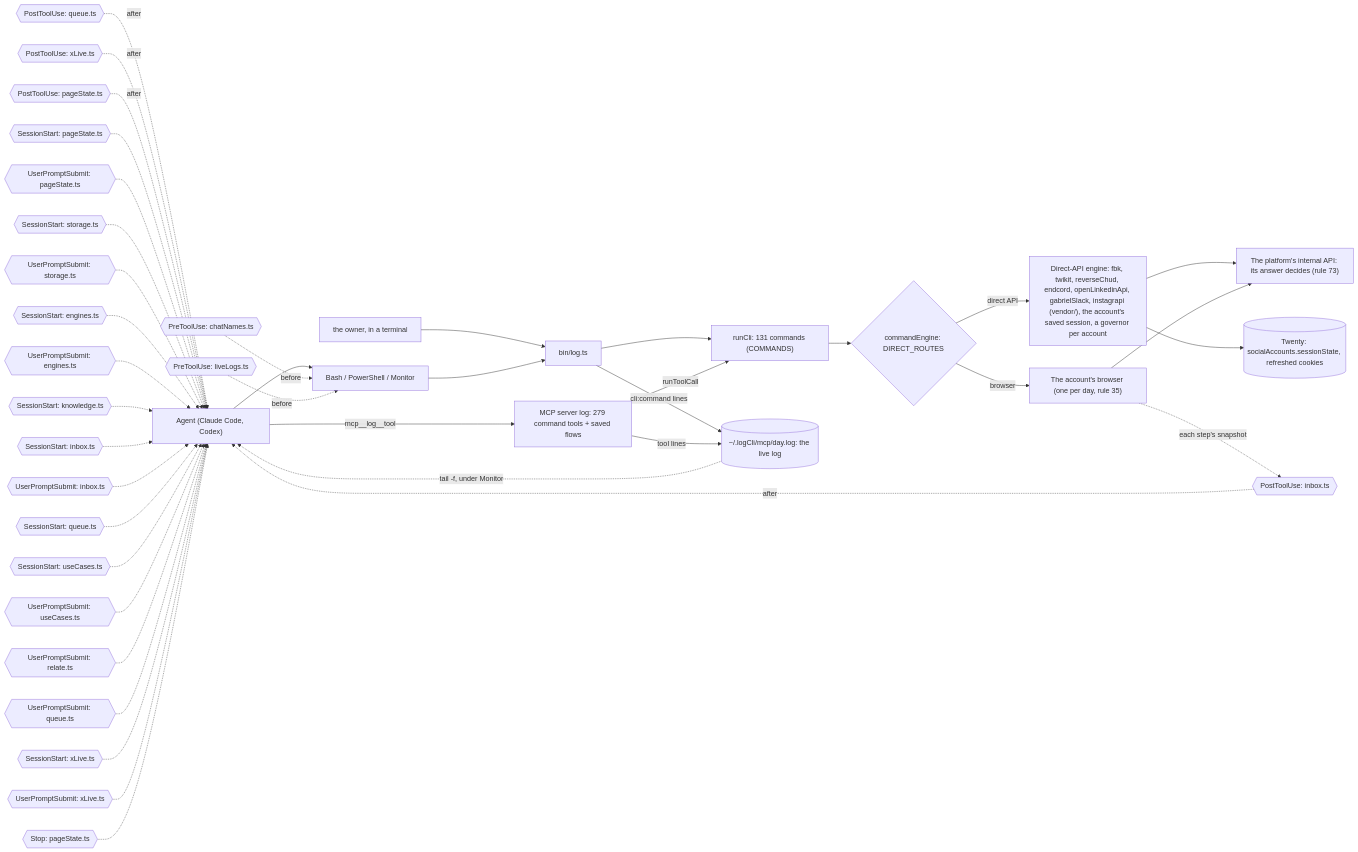
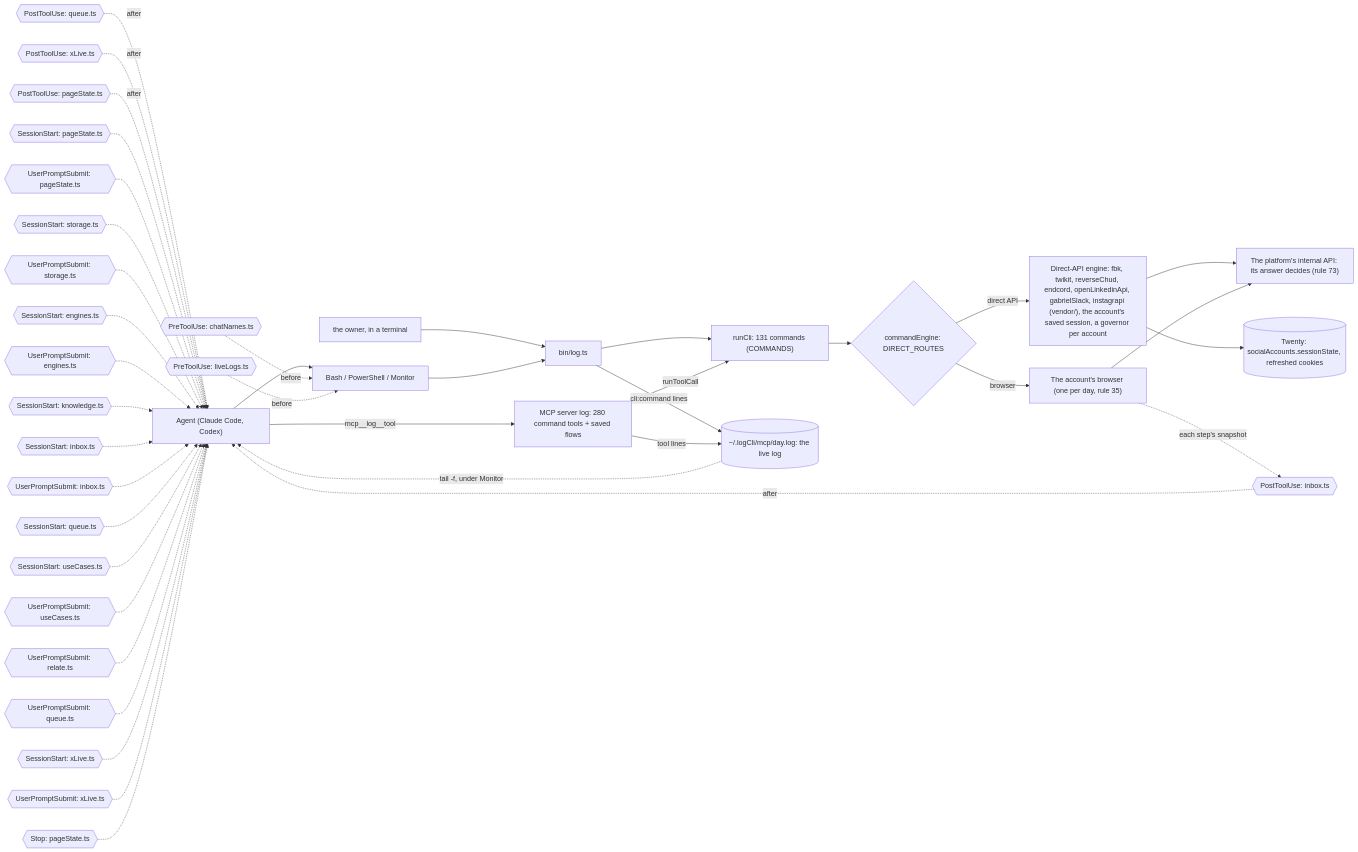
The diagram in docs/diagrams/surface.mmd (aggelos-pappas/log), drawn with Mermaid before and after one commit. The commit also changed 14 other files, not shown here.

```diff
--- a/docs/diagrams/surface.mmd
+++ b/docs/diagrams/surface.mmd
@@ -1,54 +1,54 @@
 %% How a call reaches log-cli. From a shell or over MCP, both run the same commands through `runCli`, write the same live log, and pass through the same hooks. `commandEngine` sends each command to the platform's direct API or to the account's browser.
 %% Written by `bun run docs:build` from the code (rule 56). Not edited by hand.
 flowchart LR
   agent["Agent (Claude Code, Codex)"]
   owner["the owner, in a terminal"]
   shell["Bash / PowerShell / Monitor"]
-  mcp["MCP server log: 279 command tools + saved flows"]
+  mcp["MCP server log: 280 command tools + saved flows"]
   bin["bin/log.ts"]
   runCli["runCli: 131 commands (COMMANDS)"]
   live[("~/.logCli/mcp/day.log: the live log")]
   engine{"commandEngine: DIRECT_ROUTES"}
   direct["Direct-API engine: fbk, twikit, reverseChud, endcord, openLinkedinApi, gabrielSlack, instagrapi (vendor/), the account's saved session, a governor per account"]
   browser["The account's browser (one per day, rule 35)"]
   api["The platform's internal API: its answer decides (rule 73)"]
   twenty[("Twenty: socialAccounts.sessionState, refreshed cookies")]
   agent --> shell
   owner --> bin
   shell --> bin
   agent -->|mcp__log__tool| mcp
   bin --> runCli
   mcp -->|runToolCall| runCli
   runCli --> engine
   engine -->|direct API| direct
   engine -->|browser| browser
   direct --> api
   browser --> api
   direct --> twenty
   bin -->|cli:command lines| live
   mcp -->|tool lines| live
   live -.->|tail -f, under Monitor| agent
   pre0{{"PreToolUse: chatNames.ts"}} -.->|before| shell
   pre1{{"PreToolUse: liveLogs.ts"}} -.->|before| shell
   post0{{"PostToolUse: inbox.ts"}} -.->|after| agent
   post1{{"PostToolUse: queue.ts"}} -.->|after| agent
   post2{{"PostToolUse: xLive.ts"}} -.->|after| agent
   post3{{"PostToolUse: pageState.ts"}} -.->|after| agent
   turn0{{"SessionStart: pageState.ts"}} -.-> agent
   turn1{{"UserPromptSubmit: pageState.ts"}} -.-> agent
   turn2{{"SessionStart: storage.ts"}} -.-> agent
   turn3{{"UserPromptSubmit: storage.ts"}} -.-> agent
   turn4{{"SessionStart: engines.ts"}} -.-> agent
   turn5{{"UserPromptSubmit: engines.ts"}} -.-> agent
   turn6{{"SessionStart: knowledge.ts"}} -.-> agent
   turn7{{"SessionStart: inbox.ts"}} -.-> agent
   turn8{{"UserPromptSubmit: inbox.ts"}} -.-> agent
   turn9{{"SessionStart: queue.ts"}} -.-> agent
   turn10{{"SessionStart: useCases.ts"}} -.-> agent
   turn11{{"UserPromptSubmit: useCases.ts"}} -.-> agent
   turn12{{"UserPromptSubmit: relate.ts"}} -.-> agent
   turn13{{"UserPromptSubmit: queue.ts"}} -.-> agent
   turn14{{"SessionStart: xLive.ts"}} -.-> agent
   turn15{{"UserPromptSubmit: xLive.ts"}} -.-> agent
   turn16{{"Stop: pageState.ts"}} -.-> agent
   browser -.->|each step's snapshot| post0
```
